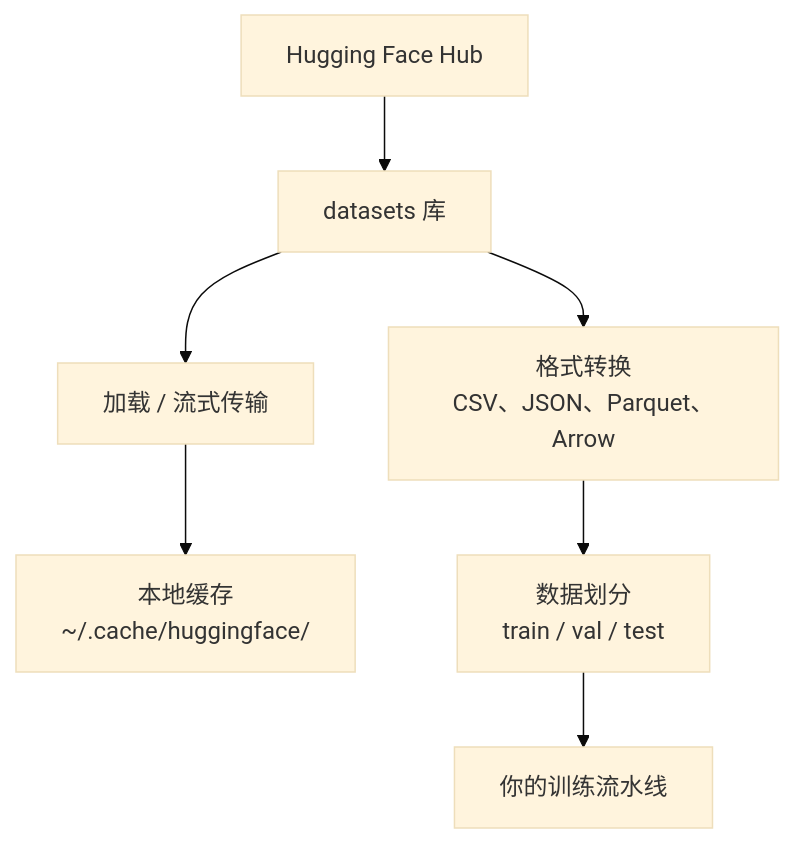
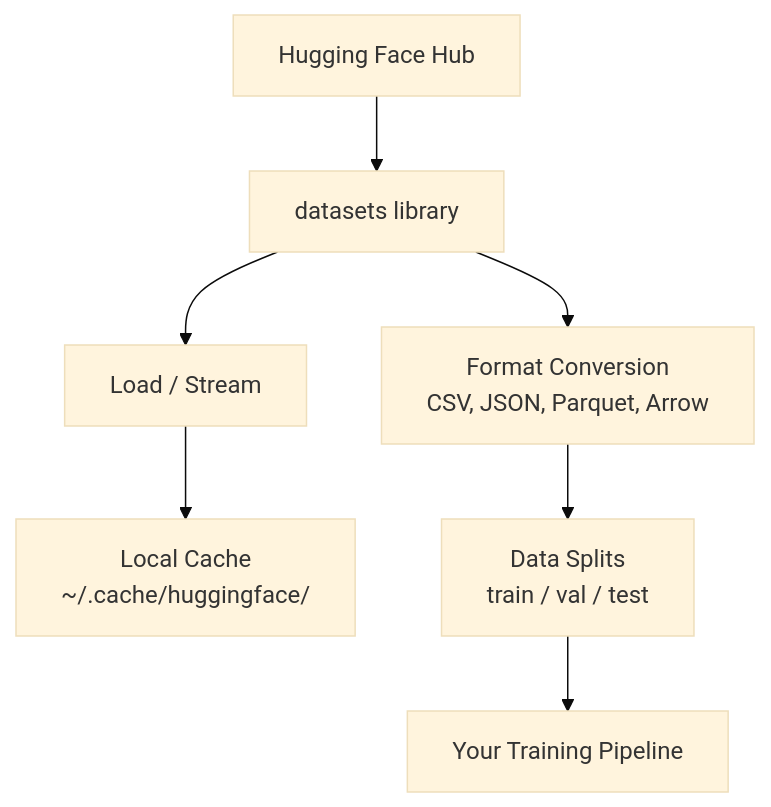
Before and after one commit to xiaojiaenen/ai-engineering-from-scratch-zh: the diagram in i18n/zh/phases/00-setup-and-tooling/09-data-management/docs/zh.md, drawn with Mermaid (base theme). The commit also changed other lines of this file and 12 other files, not shown here.

````diff
--- a/i18n/zh/phases/00-setup-and-tooling/09-data-management/docs/zh.md
+++ b/i18n/zh/phases/00-setup-and-tooling/09-data-management/docs/zh.md
@@ -23,9 +23,9 @@
 ```mermaid
 graph TD
-    A["Hugging Face Hub"] --> B["datasets 库"]
-    B --> C["加载 / 流式传输"]
-    C --> D["本地缓存<br/>~/.cache/huggingface/"]
-    B --> E["格式转换<br/>CSV、JSON、Parquet、Arrow"]
-    E --> F["数据划分<br/>train / val / test"]
-    F --> G["你的训练流水线"]
+    A["Hugging Face Hub"] --> B["datasets library"]
+    B --> C["Load / Stream"]
+    C --> D["Local Cache<br/>~/.cache/huggingface/"]
+    B --> E["Format Conversion<br/>CSV, JSON, Parquet, Arrow"]
+    E --> F["Data Splits<br/>train / val / test"]
+    F --> G["Your Training Pipeline"]
 ```
````
